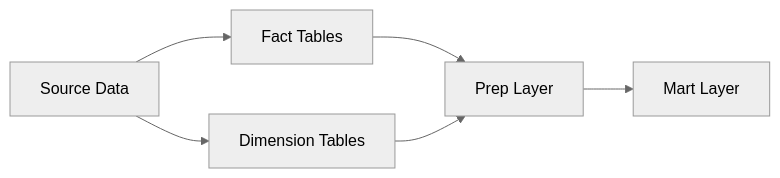
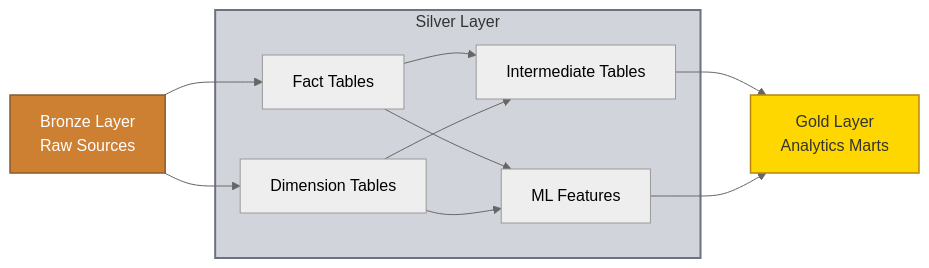
The diagram in src/content/docs/architecture/nba_project.md (jyablonski/doqs), drawn with Mermaid (neutral theme) before and after one commit. The commit also changed other lines of this file and 32 other files, not shown here.

First line of the commit message:
rearchitecture update (#16)

````diff
--- a/src/content/docs/architecture/nba_project.md
+++ b/src/content/docs/architecture/nba_project.md
@@ -64,8 +64,24 @@
 ```mermaid
-graph LR;
-    A[Source Data] --> B[Fact Tables]
+graph LR
+    A[Bronze Layer<br/>Raw Sources] --> B[Fact Tables]
     A --> C[Dimension Tables]
-    B --> D[Prep Layer]
+
+    subgraph Silver[Silver Layer]
+        B
+        C
+        D[Intermediate Tables]
+        E[ML Features]
+    end
+
+    B --> D
     C --> D
-    D --> E[Mart Layer]
+    B --> E
+    C --> E
+
+    D --> F[Gold Layer<br/>Analytics Marts]
+    E --> F
+
+    style A fill:#cd7f32,stroke:#8b5a2b,stroke-width:1.5px,color:#fff
+    style Silver fill:#d1d5db,stroke:#6b7280,stroke-width:2px,color:#333
+    style F fill:#ffd700,stroke:#b8860b,stroke-width:1.5px,color:#333
 ```
````
